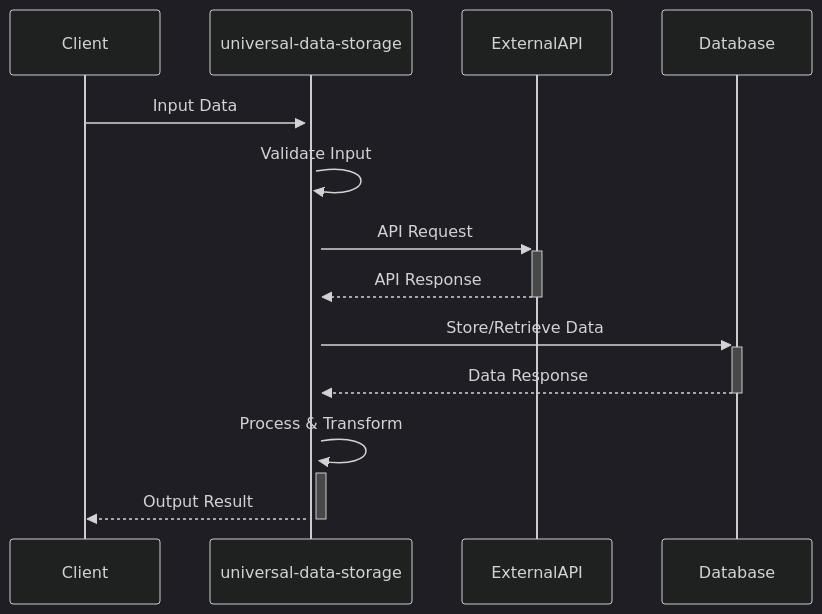
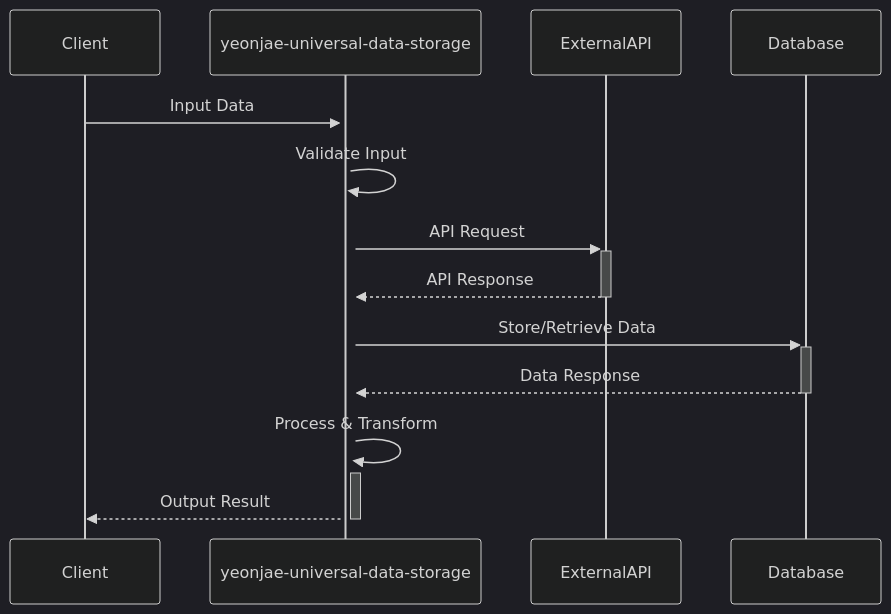
One commit to yeonjae-work/universal-modules changed the third of 4 diagrams in packages/yeonjae-universal-data-storage/docs/technical-specification.md. Above: the diagram before and after it, drawn with Mermaid (dark theme). The commit also changed other lines of this file and 11 other files, not shown here.

````diff
--- a/packages/yeonjae-universal-data-storage/docs/technical-specification.md
+++ b/packages/yeonjae-universal-data-storage/docs/technical-specification.md
@@ -151,16 +151,16 @@
 ```mermaid
 sequenceDiagram
     participant Client
-    participant universal-data-storage
+    participant yeonjae-universal-data-storage
     participant ExternalAPI
     participant Database
     
-    Client->>+universal-data-storage: Input Data
-    universal-data-storage->>+universal-data-storage: Validate Input
-    universal-data-storage->>+ExternalAPI: API Request
-    ExternalAPI-->>-universal-data-storage: API Response
-    universal-data-storage->>+Database: Store/Retrieve Data
-    Database-->>-universal-data-storage: Data Response
-    universal-data-storage->>+universal-data-storage: Process & Transform
-    universal-data-storage-->>-Client: Output Result
+    Client->>+yeonjae-universal-data-storage: Input Data
+    yeonjae-universal-data-storage->>+yeonjae-universal-data-storage: Validate Input
+    yeonjae-universal-data-storage->>+ExternalAPI: API Request
+    ExternalAPI-->>-yeonjae-universal-data-storage: API Response
+    yeonjae-universal-data-storage->>+Database: Store/Retrieve Data
+    Database-->>-yeonjae-universal-data-storage: Data Response
+    yeonjae-universal-data-storage->>+yeonjae-universal-data-storage: Process & Transform
+    yeonjae-universal-data-storage-->>-Client: Output Result
 ```
````
